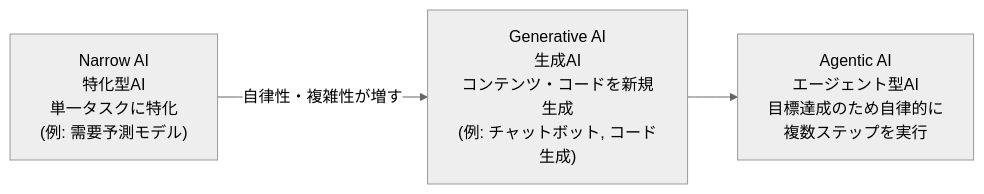
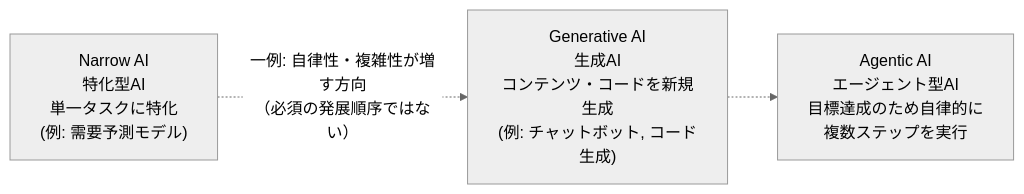
The fifth of 14 diagrams in Itil-ai-governance-v5-study-guide.md (myoshi2891/Comparison-of-LLMs), drawn with Mermaid (neutral theme) before and after one commit. The commit also changed other lines of this file and 3 other files, not shown here.

Commit message:
docs(guides): refine technical descriptions, diagrams, and reference links across study guides

````diff
--- a/Itil-ai-governance-v5-study-guide.md
+++ b/Itil-ai-governance-v5-study-guide.md
@@ -209,8 +209,8 @@
 ```mermaid
 flowchart LR
     N["Narrow AI<br/>特化型AI<br/>単一タスクに特化<br/>(例: 需要予測モデル)"]
     G["Generative AI<br/>生成AI<br/>コンテンツ・コードを新規生成<br/>(例: チャットボット, コード生成)"]
     A["Agentic AI<br/>エージェント型AI<br/>目標達成のため自律的に<br/>複数ステップを実行"]
 
-    N -->|"自律性・複雑性が増す"| G --> A
+    N -.->|"一例: 自律性・複雑性が増す方向<br/>（必須の発展順序ではない）"| G -.-> A
 ```
````
